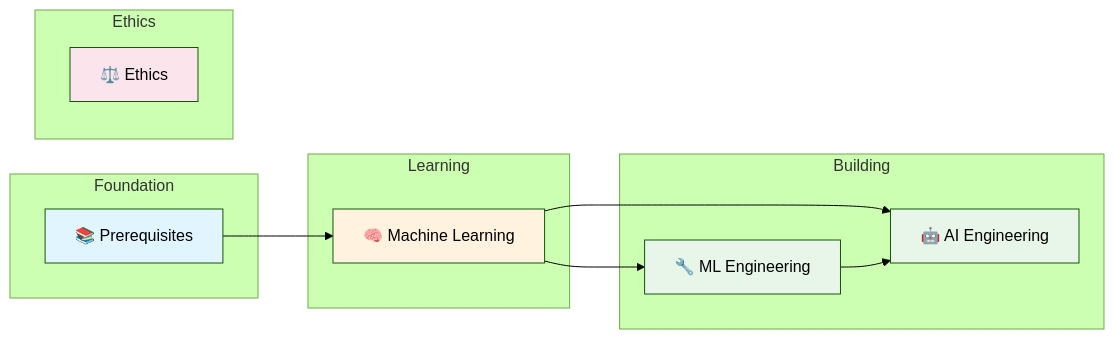
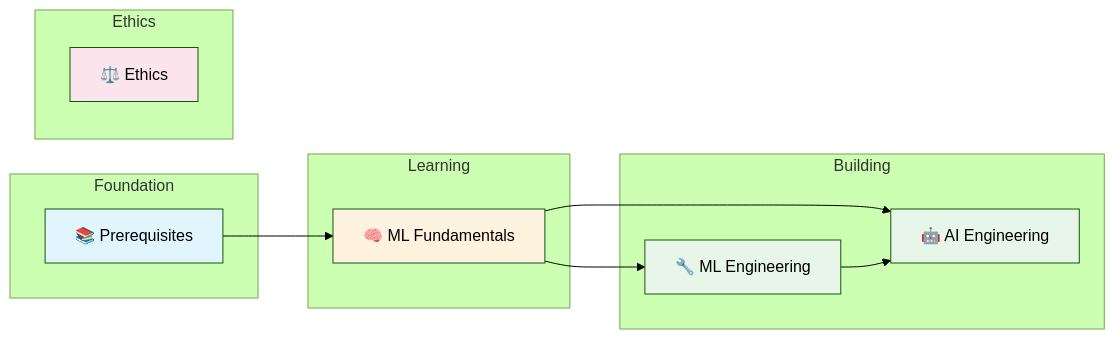
One commit to bhardwajRahul/essential-ml-roadmap changed the diagram in README.md. Above: the diagram before and after it, drawn with Mermaid (forest theme). The commit also changed other lines of this file and 5 other files, not shown here.

````diff
--- a/README.md
+++ b/README.md
@@ -22,30 +22,30 @@
 ```mermaid
 graph LR
     subgraph Foundation
         PREREQ[📚 Prerequisites]
     end
 
     subgraph Learning
-        ML[🧠 Machine Learning]
+        ML[🧠 ML Fundamentals]
     end
 
     subgraph Building
         AIE[🤖 AI Engineering]
         MLE[🔧 ML Engineering]
     end
 
     subgraph Ethics
         ETH[⚖️ Ethics]
     end
 
     PREREQ --> ML
     ML --> AIE
     ML --> MLE
     MLE --> AIE
 
     style PREREQ fill:#e1f5fe
     style ML fill:#fff3e0
     style AIE fill:#e8f5e9
     style MLE fill:#e8f5e9
     style ETH fill:#fce4ec
 ```
````
